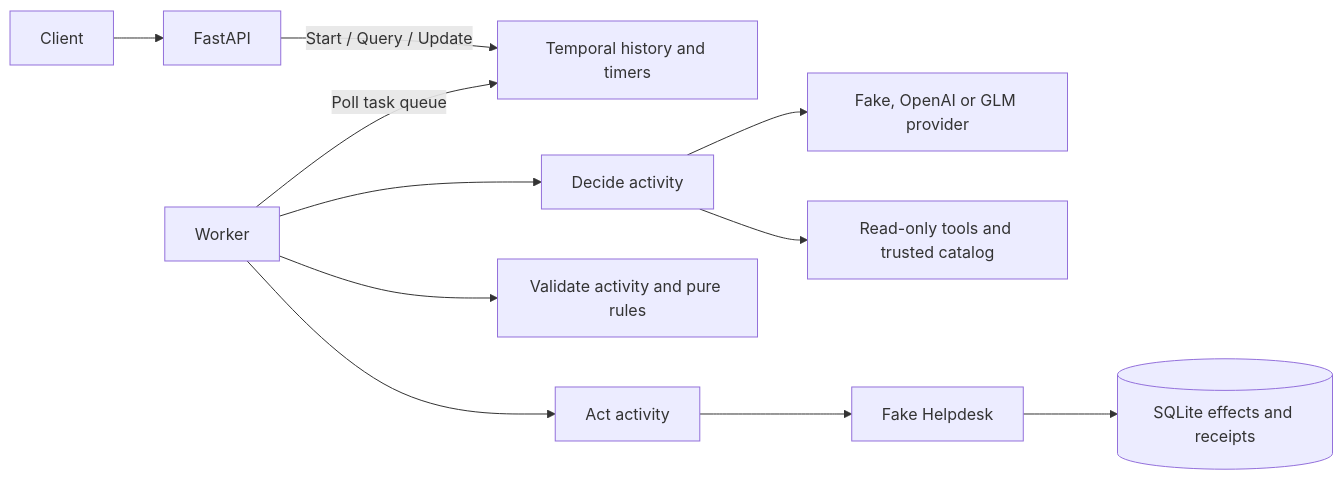
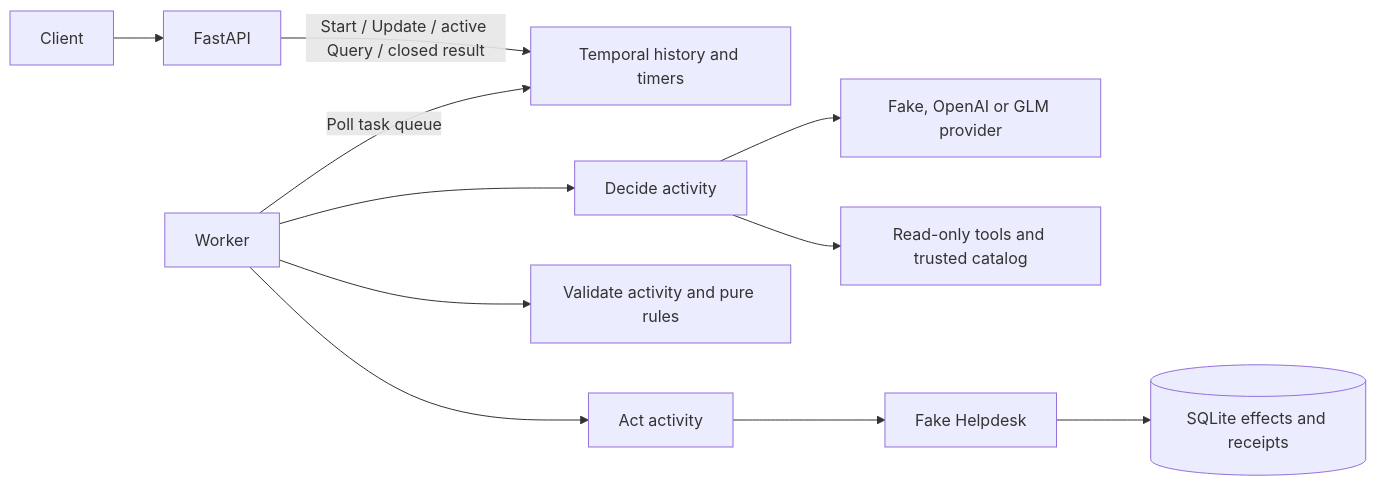
One commit to michalsko20/northdesk-ticket-workflow changed the diagram in README.md. Above: the diagram before and after it, drawn with Mermaid. The commit also changed other lines of this file and 41 other files, not shown here.

Commit message:
docs: explain verified architecture, startup and fix evidence

````diff
--- a/README.md
+++ b/README.md
@@ -144,13 +169,13 @@
 ```mermaid
 flowchart LR
     Client --> API[FastAPI]
-    API -->|Start / Query / Update| Temporal[Temporal history and timers]
+    API -->|Start / Update / active Query / closed result| Temporal[Temporal history and timers]
     Worker -->|Poll task queue| Temporal
     Worker --> Decide[Decide activity]
     Decide --> LLM[Fake, OpenAI or GLM provider]
     Decide --> Tools[Read-only tools and trusted catalog]
     Worker --> Validate[Validate activity and pure rules]
     Worker --> Act[Act activity]
     Act --> Helpdesk[Fake Helpdesk]
     Helpdesk --> DB[(SQLite effects and receipts)]
 ```
````
